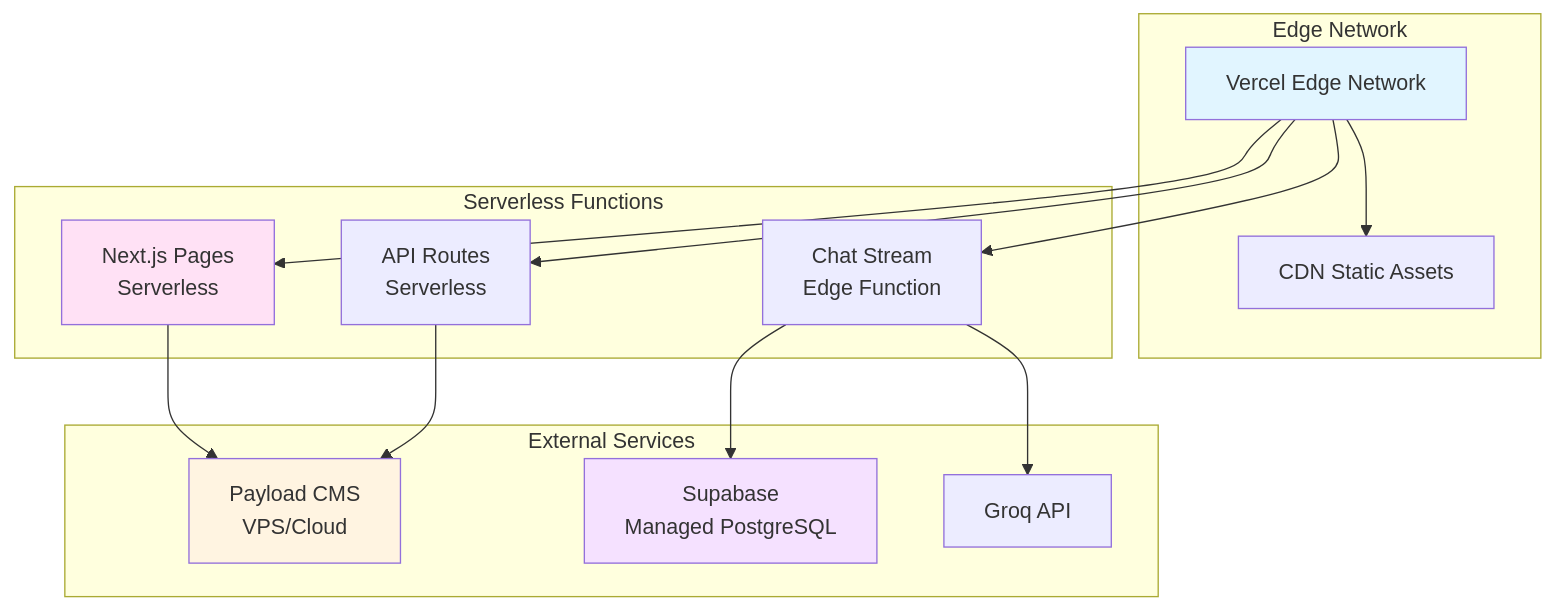
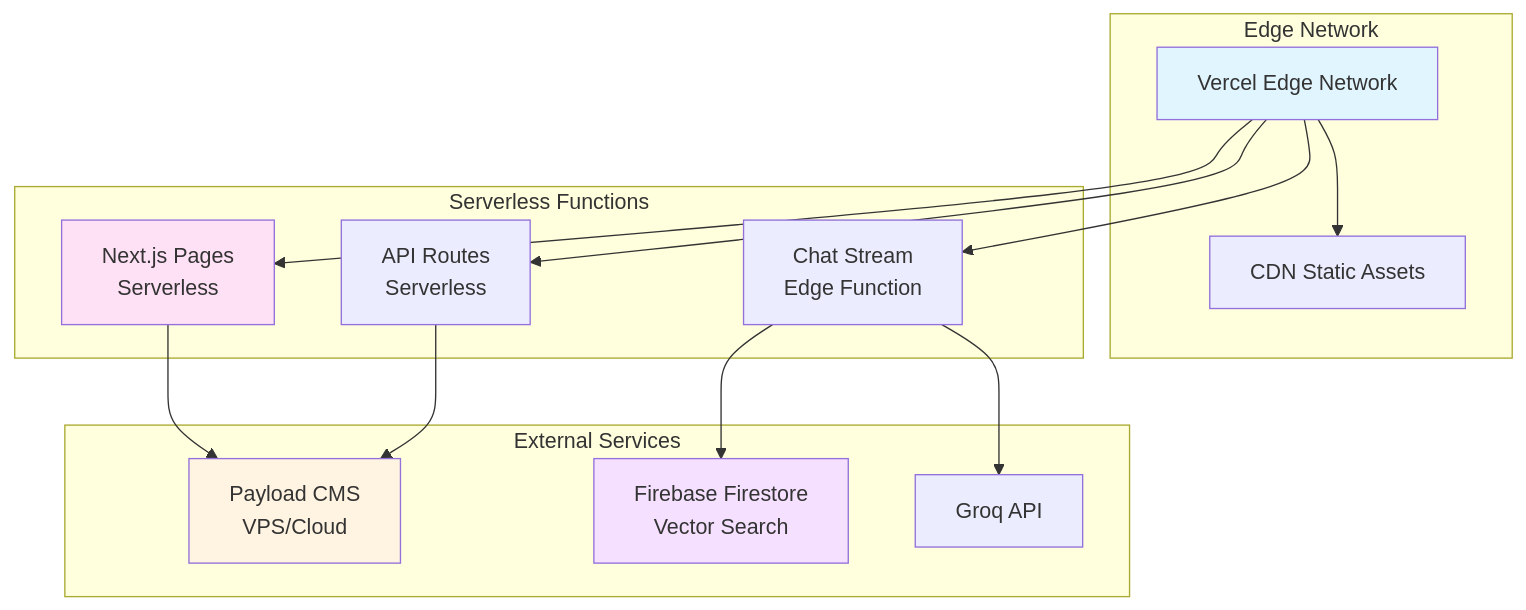
One commit to ossaidqadri/otherdev.web-02 changed diagram 11 of 11 in web/docs/ARCHITECTURE.md. Above: the diagram before and after it, drawn with Mermaid. The commit also changed other lines of this file and 4 other files, not shown here.

````diff
--- a/web/docs/ARCHITECTURE.md
+++ b/web/docs/ARCHITECTURE.md
@@ -781,34 +739,34 @@
 ```mermaid
 graph TB
     subgraph "Edge Network"
         Vercel[Vercel Edge Network]
         CDN[CDN Static Assets]
     end
 
     subgraph "Serverless Functions"
         Pages[Next.js Pages<br/>Serverless]
         API[API Routes<br/>Serverless]
         Chat[Chat Stream<br/>Edge Function]
     end
 
     subgraph "External Services"
         CMS[Payload CMS<br/>VPS/Cloud]
-        Vector[Supabase<br/>Managed PostgreSQL]
+        Vector[Firebase Firestore<br/>Vector Search]
         LLM[Groq API]
     end
 
     Vercel --> Pages
     Vercel --> API
     Vercel --> Chat
     Vercel --> CDN
 
     Pages --> CMS
     API --> CMS
     Chat --> Vector
     Chat --> LLM
 
     style Vercel fill:#e1f5ff
     style Pages fill:#ffe1f5
     style CMS fill:#fff4e1
     style Vector fill:#f5e1ff
 ```
````
